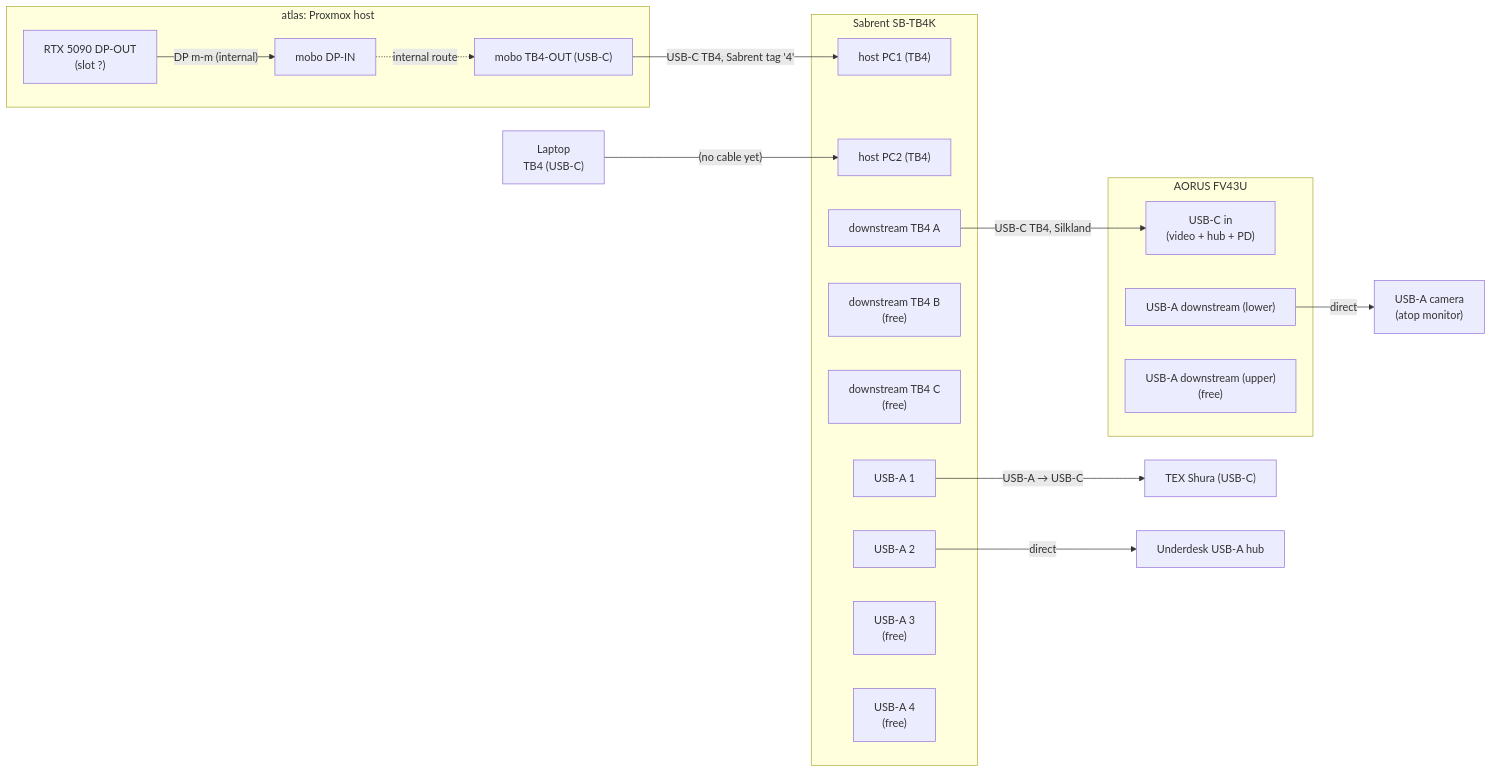
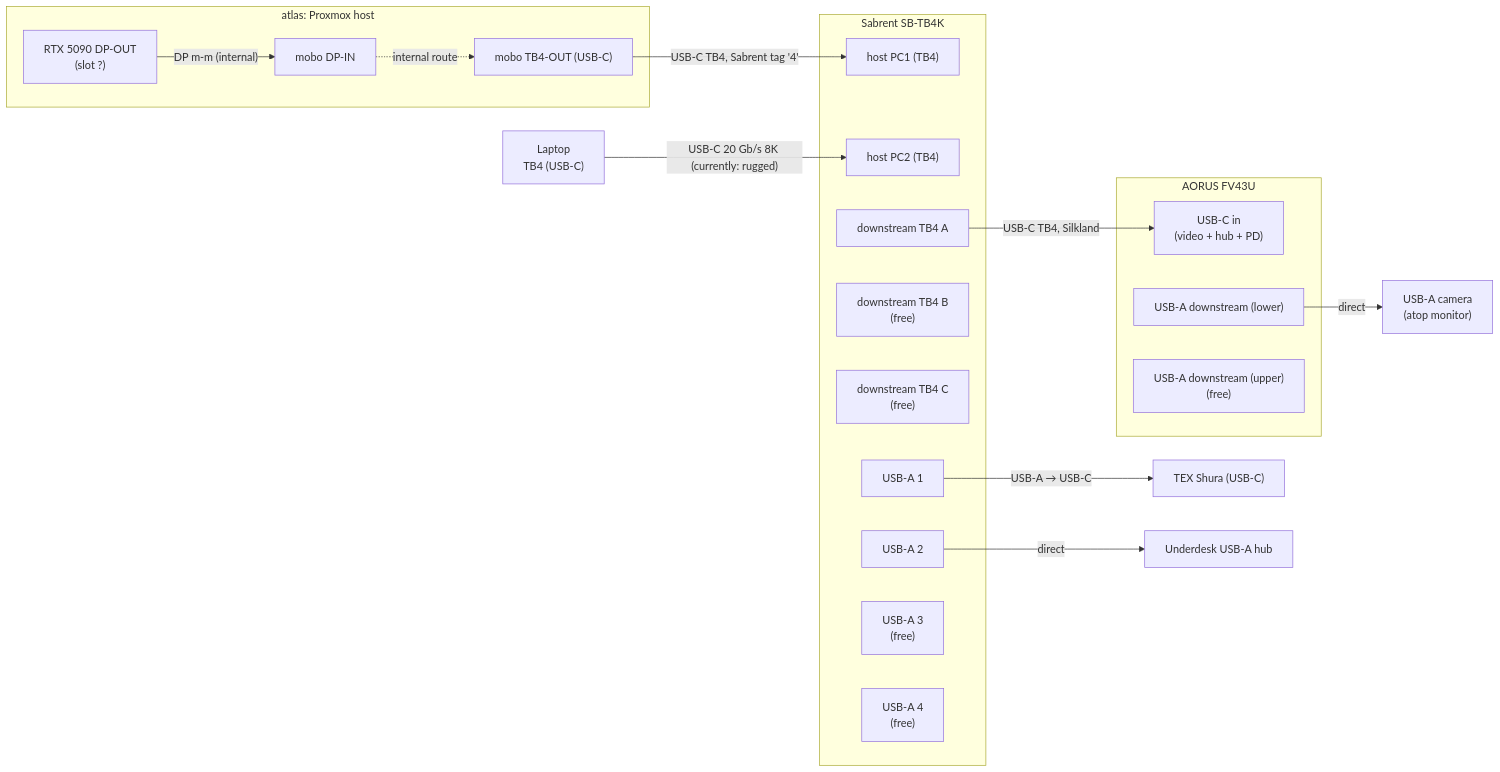
The diagram in desk/README.md (agentydragon/ducktape), drawn with Mermaid before and after one commit. The commit also changed other lines of this file, not shown here.

First line of the commit message:
desk: North Star achieved — one-button KVM switching atlas ↔ rugged

````diff
--- a/desk/README.md
+++ b/desk/README.md
@@ -63,42 +63,42 @@
 ```mermaid
 flowchart LR
     subgraph atlas[atlas: Proxmox host]
         atlas_gpu["RTX 5090 DP-OUT<br/>(slot ?)"]
         atlas_mobo_dp["mobo DP-IN"]
         atlas_mobo_tb["mobo TB4-OUT (USB-C)"]
         atlas_gpu -- "DP m-m (internal)" --> atlas_mobo_dp
         atlas_mobo_dp -. internal route .-> atlas_mobo_tb
     end
 
     laptop["Laptop<br/>TB4 (USB-C)"]
 
     subgraph kvm[Sabrent SB-TB4K]
         kvm_pc1["host PC1 (TB4)"]
         kvm_pc2["host PC2 (TB4)"]
         kvm_tb_a["downstream TB4 A"]
         kvm_tb_b["downstream TB4 B<br/>(free)"]
         kvm_tb_c["downstream TB4 C<br/>(free)"]
         kvm_usba1["USB-A 1"]
         kvm_usba2["USB-A 2"]
         kvm_usba3["USB-A 3<br/>(free)"]
         kvm_usba4["USB-A 4<br/>(free)"]
     end
 
     subgraph mon[AORUS FV43U]
         mon_usbc["USB-C in<br/>(video + hub + PD)"]
         mon_usba_lo["USB-A downstream (lower)"]
         mon_usba_hi["USB-A downstream (upper)<br/>(free)"]
     end
 
     kbd["TEX Shura (USB-C)"]
     cam["USB-A camera<br/>(atop monitor)"]
     hub["Underdesk USB-A hub"]
 
     atlas_mobo_tb -- "USB-C TB4, Sabrent tag '4'" --> kvm_pc1
-    laptop        -- "(no cable yet)" --> kvm_pc2
+    laptop        -- "USB-C 20 Gb/s 8K (currently: rugged)" --> kvm_pc2
 
     kvm_tb_a    -- "USB-C TB4, Silkland" --> mon_usbc
     kvm_usba1   -- "USB-A → USB-C" --> kbd
     kvm_usba2   -- "direct" --> hub
     mon_usba_lo -- "direct" --> cam
 ```
````
